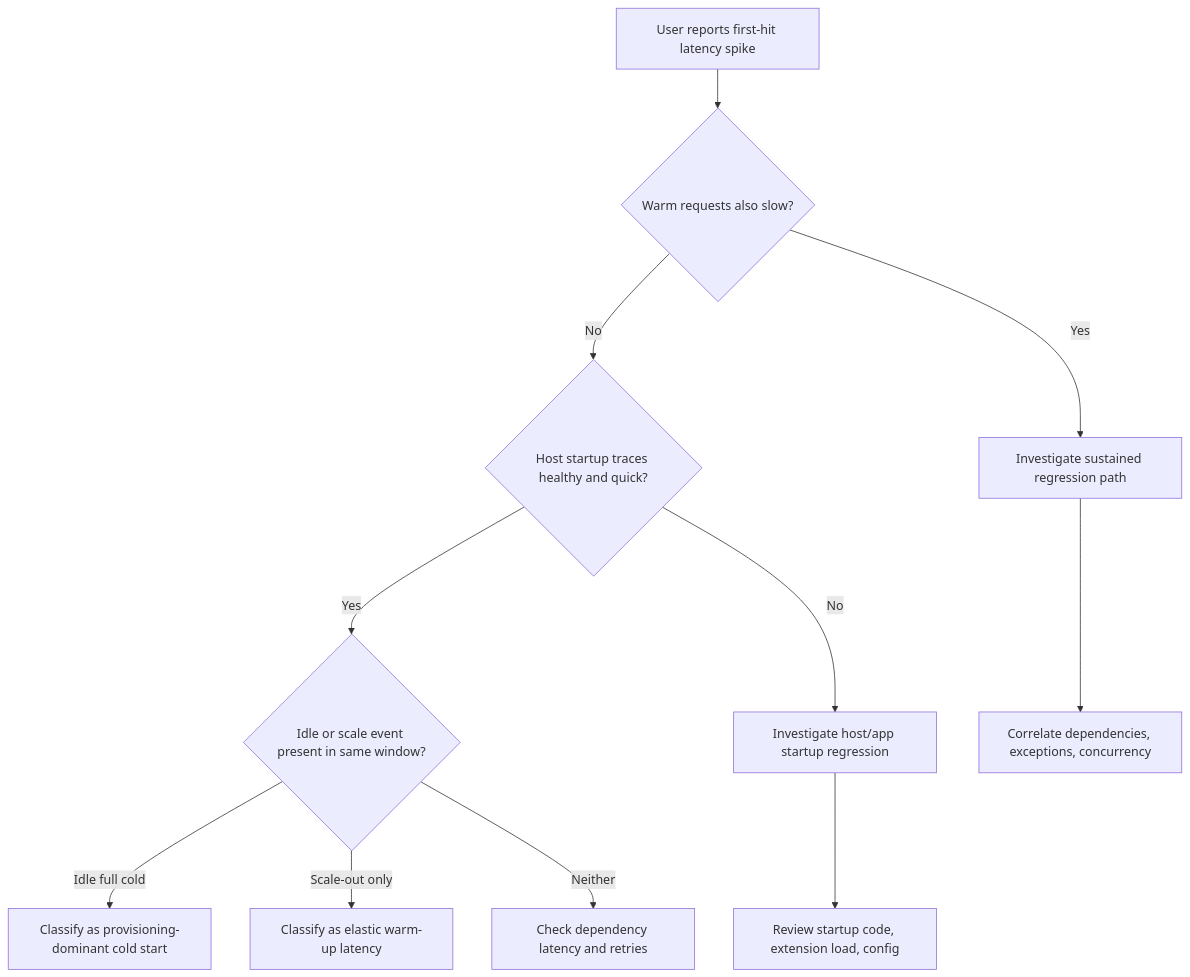
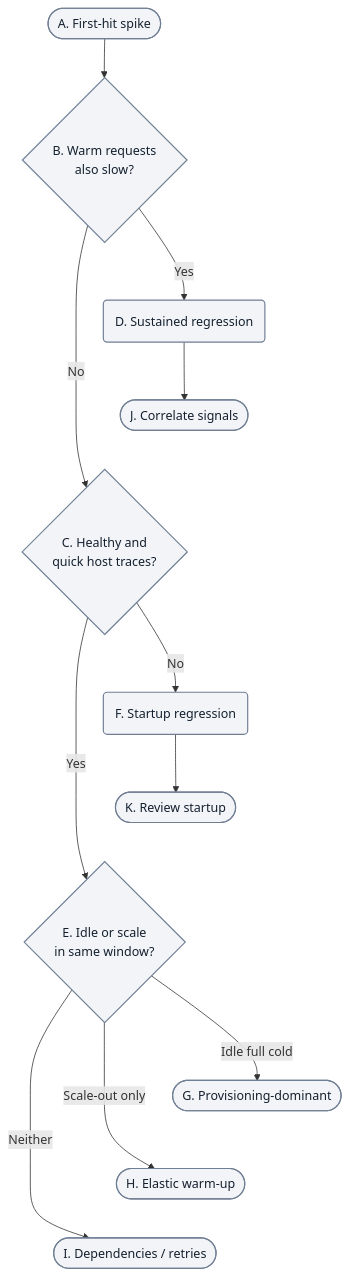
One commit to yeongseon/azure-functions-practical-guide changed the fourth of 5 diagrams in docs/troubleshooting/lab-guides/cold-start.md. Above: the diagram before and after it, drawn with Mermaid. The commit also changed other lines of this file and 1 other file, not shown here.

First line of the commit message:
docs(diagrams): migrate Functions lab deployment startup — cold start (#431)

````diff
--- a/docs/troubleshooting/lab-guides/cold-start.md
+++ b/docs/troubleshooting/lab-guides/cold-start.md
@@ -569,13 +622,22 @@
 ```mermaid
 flowchart TD
-    A[User reports first-hit latency spike] --> B{Warm requests also slow?}
-    B -->|No| C{Host startup traces healthy and quick?}
-    B -->|Yes| D[Investigate sustained regression path]
-    C -->|Yes| E{Idle or scale event present in same window?}
-    C -->|No| F["Investigate host/app startup regression"]
-    E -->|Idle full cold| G[Classify as provisioning-dominant cold start]
-    E -->|Scale-out only| H[Classify as elastic warm-up latency]
-    E -->|Neither| I[Check dependency latency and retries]
-    D --> J[Correlate dependencies, exceptions, concurrency]
-    F --> K[Review startup code, extension load, config]
+    accTitle: Which evidence routes first-hit latency triage?
+    accDescr: Follow every Yes and No branch from warm-request latency and host startup traces, then distinguish full idle, scale-out only and neither. Classification leaves are diagnostic candidates to test against the lab proof and disproof criteria, not new incident verdicts.
+    A(["A. First-hit spike"]) --> B{"B. Warm requests<br/>also slow?"}
+    B -->|No| C{"C. Healthy and<br/>quick host traces?"}
+    B -->|Yes| D("D. Sustained regression")
+    C -->|Yes| E{"E. Idle or scale<br/>in same window?"}
+    C -->|No| F("F. Startup regression")
+    E -->|Idle full cold| G(["G. Provisioning-dominant"])
+    E -->|Scale-out only| H(["H. Elastic warm-up"])
+    E -->|Neither| I(["I. Dependencies / retries"])
+    D --> J(["J. Correlate signals"])
+    F --> K(["K. Review startup"])
+    %% Layout-only anchors tier outcomes; they add no diagnostic steps or arrows.
+    J ~~~ C
+    K ~~~ E
+    G ~~~ H
+    H ~~~ I
+    classDef neutral fill:#f2f4f8,stroke:#707e93,stroke-width:1.5px,color:#14202e;
+    class A,B,C,D,E,F,G,H,I,J,K neutral;
 ```
````
